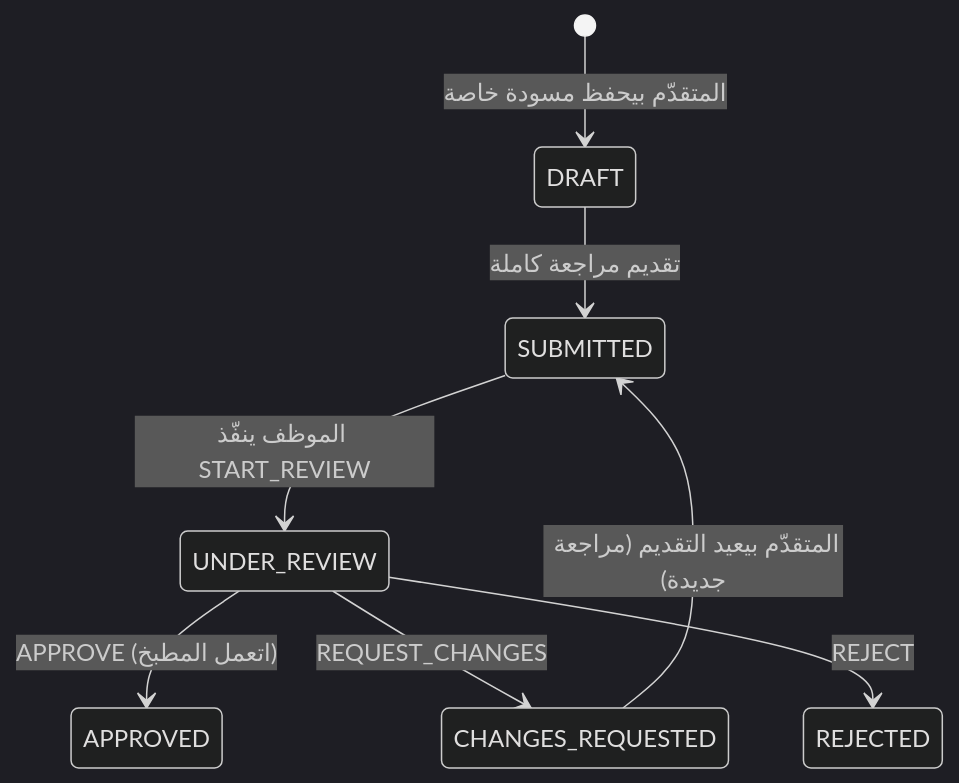
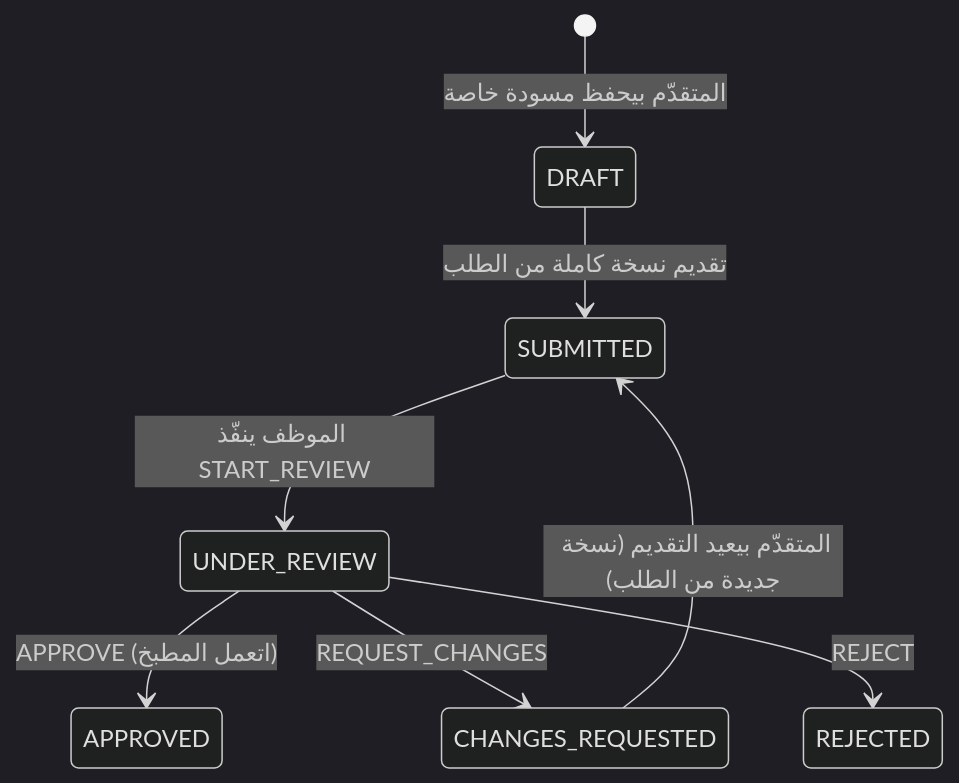
Before and after one commit to afawzy70/Matbakhy-v1: the second of 2 diagrams in docs/developer-handbook/01-business/marketplace-model-ar.md, drawn with Mermaid (dark theme). The commit also changed 33 other files, not shown here.

````diff
--- a/docs/developer-handbook/01-business/marketplace-model-ar.md
+++ b/docs/developer-handbook/01-business/marketplace-model-ar.md
@@ -60,10 +60,10 @@
 ```mermaid
 stateDiagram-v2
   [*] --> DRAFT: المتقدّم بيحفظ مسودة خاصة
-  DRAFT --> SUBMITTED: تقديم مراجعة كاملة
+  DRAFT --> SUBMITTED: تقديم نسخة كاملة من الطلب
   SUBMITTED --> UNDER_REVIEW: الموظف ينفّذ START_REVIEW
   UNDER_REVIEW --> APPROVED: APPROVE (اتعمل المطبخ)
   UNDER_REVIEW --> CHANGES_REQUESTED: REQUEST_CHANGES
   UNDER_REVIEW --> REJECTED: REJECT
-  CHANGES_REQUESTED --> SUBMITTED: المتقدّم بيعيد التقديم (مراجعة جديدة)
+  CHANGES_REQUESTED --> SUBMITTED: المتقدّم بيعيد التقديم (نسخة جديدة من الطلب)
 ```
````
